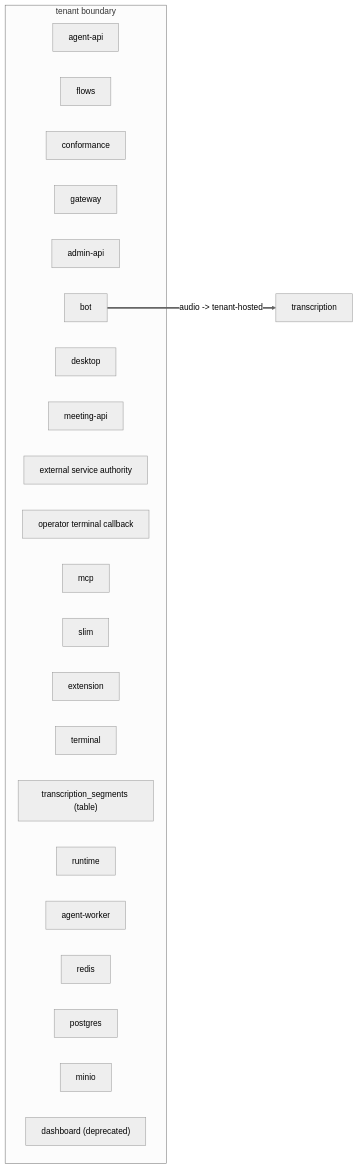
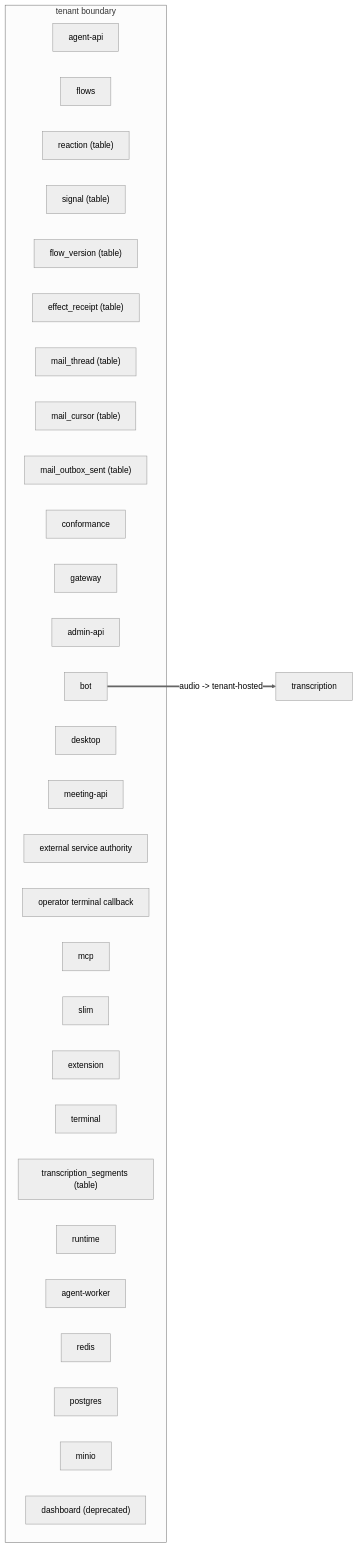
The diagram in docs/views/egress.mmd (Vexa-ai/vexa), drawn with Mermaid (neutral theme) before and after one commit. The commit also changed 19 other files, not shown here.

First line of the commit message:
flows: publish flows.v1 contract + declare the seven carriers it owns

```diff
--- a/docs/views/egress.mmd
+++ b/docs/views/egress.mmd
@@ -1,27 +1,34 @@
 %% GENERATED — pnpm arch:dsl --write
 flowchart LR
   subgraph tenant["tenant boundary"]
     agent_api["agent-api"]
     flows["flows"]
+    fl_reaction["reaction (table)"]
+    fl_signal["signal (table)"]
+    fl_flow_version["flow_version (table)"]
+    fl_effect_receipt["effect_receipt (table)"]
+    fl_mail_thread["mail_thread (table)"]
+    fl_mail_cursor["mail_cursor (table)"]
+    fl_mail_outbox["mail_outbox_sent (table)"]
     conformance["conformance"]
     gateway["gateway"]
     admin_api["admin-api"]
     bot["bot"]
     desktop["desktop"]
     meeting_api["meeting-api"]
     service_authority["external service authority"]
     system_webhook["operator terminal callback"]
     mcp["mcp"]
     slim["slim"]
     extension["extension"]
     terminal["terminal"]
     segments_table["transcription_segments (table)"]
     runtime["runtime"]
     agent_worker["agent-worker"]
     redis["redis"]
     postgres["postgres"]
     minio["minio"]
     dashboard["dashboard (deprecated)"]
   end
   transcription["transcription"]
   bot ==>|"audio -> tenant-hosted"| transcription
```
